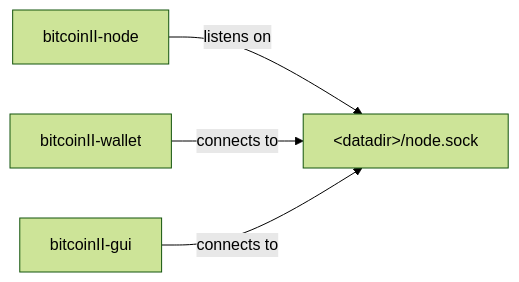
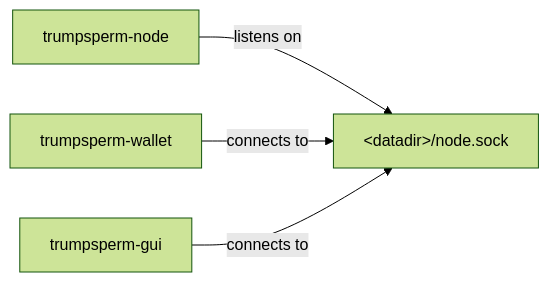
The first of 3 diagrams in doc/design/multiprocess.md (trumpsperm/trumpsperm), drawn with Mermaid (forest theme) before and after one commit. The commit also changed other lines of this file and 2322 other files, not shown here.

````diff
--- a/doc/design/multiprocess.md
+++ b/doc/design/multiprocess.md
@@ -50,6 +50,6 @@
 ```mermaid
 flowchart LR
-    node[bitcoinII-node] -- listens on --> socket["&lt;datadir&gt;/node.sock"]
-    wallet[bitcoinII-wallet] -- connects to --> socket
-    gui[bitcoinII-gui] -- connects to --> socket
+    node[trumpsperm-node] -- listens on --> socket["&lt;datadir&gt;/node.sock"]
+    wallet[trumpsperm-wallet] -- connects to --> socket
+    gui[trumpsperm-gui] -- connects to --> socket
 ```
````
